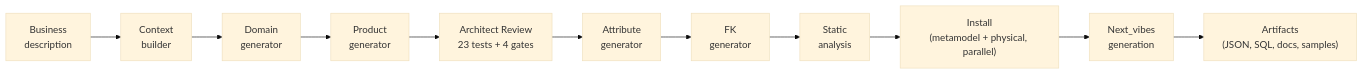
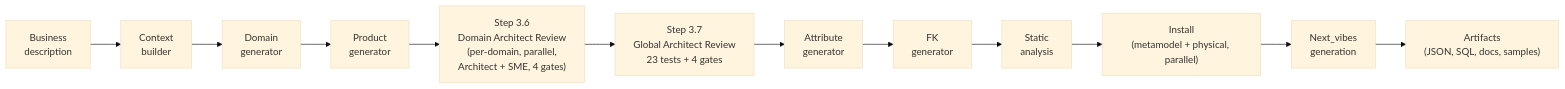
The first of 10 diagrams in docs/design-guide.md (amralieg/vibe-modelling-agent), drawn with Mermaid (base theme) before and after one commit. The commit also changed other lines of this file and 6 other files, not shown here.

````diff
--- a/docs/design-guide.md
+++ b/docs/design-guide.md
@@ -86,13 +86,14 @@
 ```mermaid
 flowchart LR
     BIZ["Business<br/>description"] --> CTX["Context<br/>builder"]
     CTX --> DOM["Domain<br/>generator"]
     DOM --> PRD["Product<br/>generator"]
-    PRD --> ARCH["Architect Review<br/>23 tests + 4 gates"]
+    PRD --> DARCH["Step 3.6<br/>Domain Architect Review<br/>(per-domain, parallel,<br/>Architect + SME, 4 gates)"]
+    DARCH --> ARCH["Step 3.7<br/>Global Architect Review<br/>23 tests + 4 gates"]
     ARCH --> ATT["Attribute<br/>generator"]
     ATT --> FK["FK<br/>generator"]
     FK --> SA["Static<br/>analysis"]
     SA --> INST["Install<br/>(metamodel + physical, parallel)"]
     INST --> NXT["Next_vibes<br/>generation"]
     NXT --> ART["Artifacts<br/>(JSON, SQL, docs, samples)"]
 ```
````
